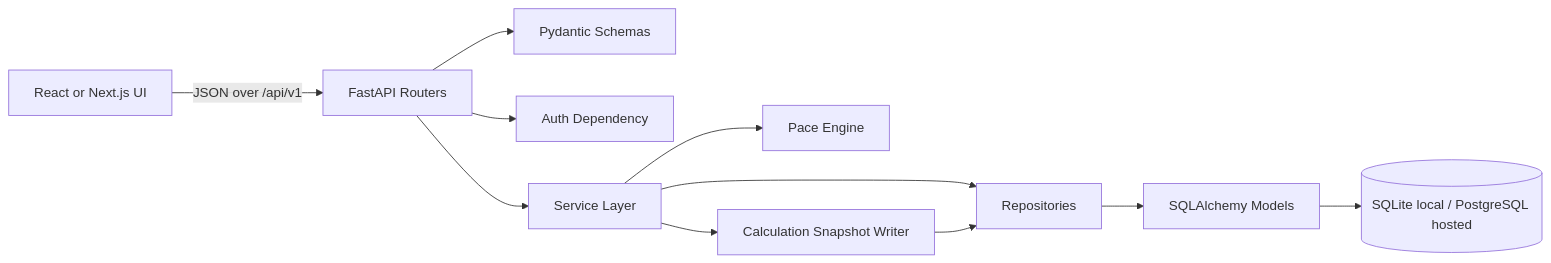
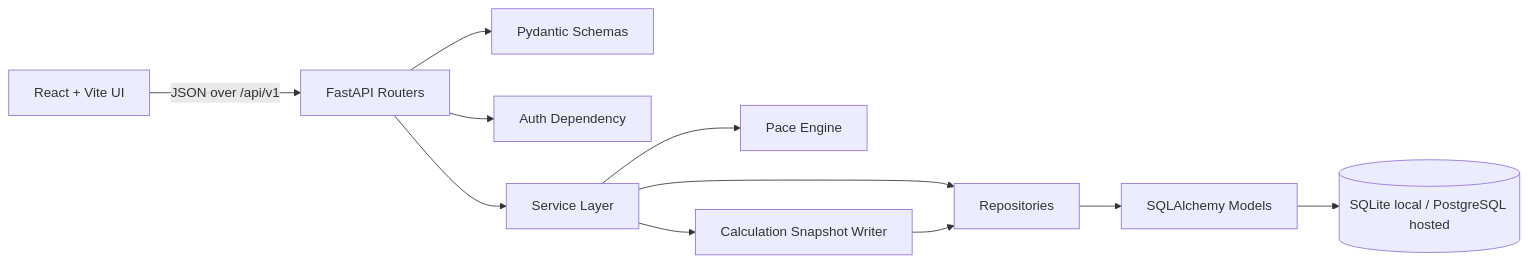
One commit to NatiSeifu/goal-wise changed the first of 3 diagrams in DESIGN.md. Above: the diagram before and after it, drawn with Mermaid. The commit also changed other lines of this file and 23 other files, not shown here.

Commit message:
docs: add architecture decisions and MVP specs

````diff
--- a/DESIGN.md
+++ b/DESIGN.md
@@ -11,13 +11,13 @@
 ```mermaid
 flowchart LR
-    Browser[React or Next.js UI] -->|JSON over /api/v1| API[FastAPI Routers]
+    Browser[React + Vite UI] -->|JSON over /api/v1| API[FastAPI Routers]
     API --> Schemas[Pydantic Schemas]
     API --> Auth[Auth Dependency]
     API --> Services[Service Layer]
     Services --> Pace[Pace Engine]
     Services --> Repos[Repositories]
     Repos --> ORM[SQLAlchemy Models]
     ORM --> DB[(SQLite local / PostgreSQL hosted)]
     Services --> Snapshots[Calculation Snapshot Writer]
     Snapshots --> Repos
 ```
````
